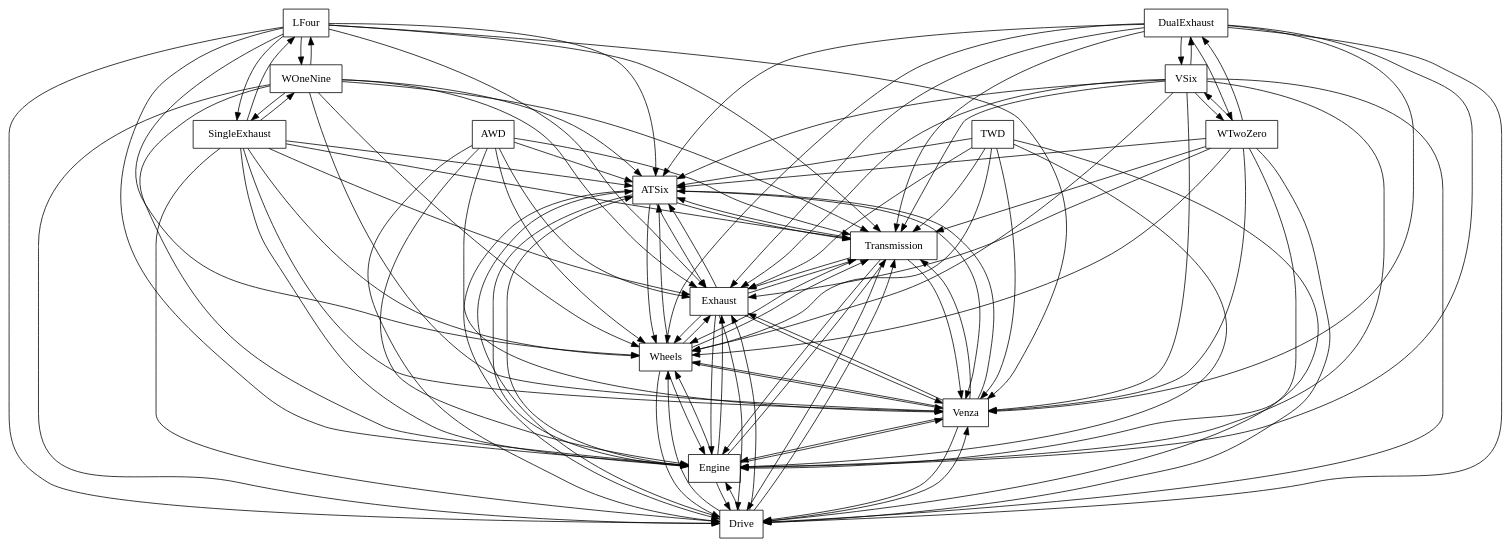
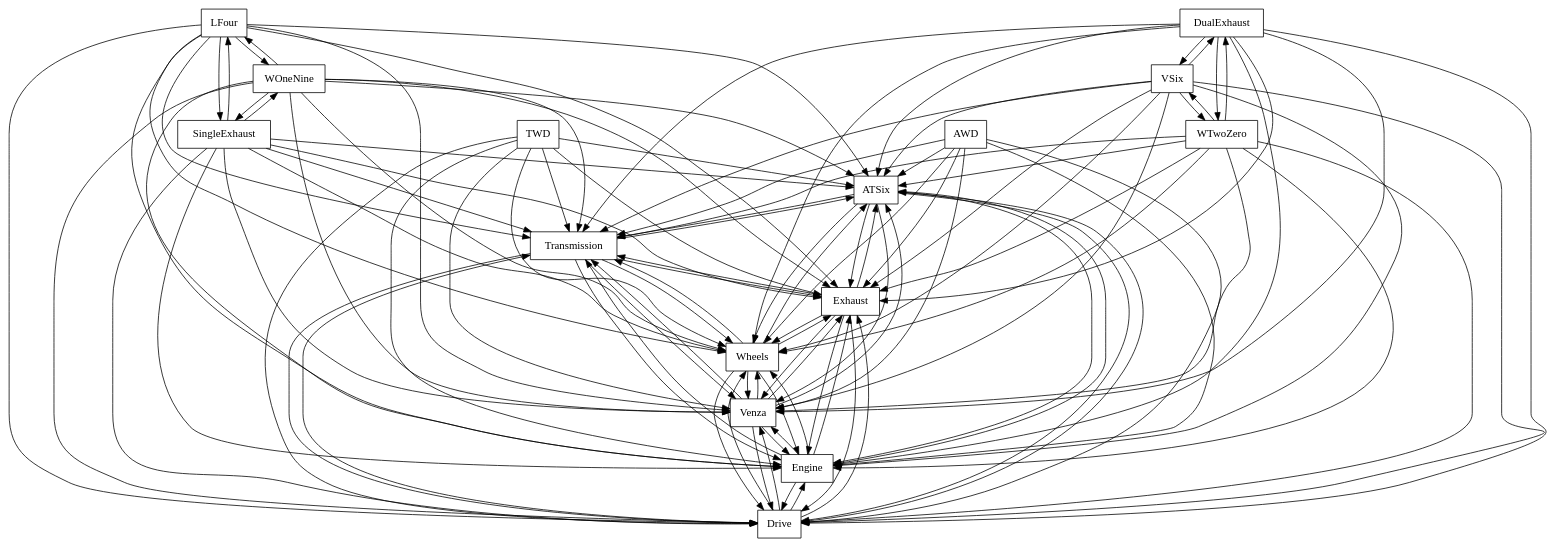
One commit to FAMILIAR-project/familiar-language changed the diagram in FAMILIAR/output/SPLOT-big/fm_73_model_20110318_225131257.xml.dot. Above: the diagram before and after it, drawn with Graphviz. The commit also changed 203 other files, not shown here.

```diff
--- a/FAMILIAR/output/SPLOT-big/fm_73_model_20110318_225131257.xml.dot
+++ b/FAMILIAR/output/SPLOT-big/fm_73_model_20110318_225131257.xml.dot
@@ -1,130 +1,130 @@
 digraph{
 graph [rankdir=TB];
 node [shape=box];
 edge [arrowhead=normal];
-0[label="LFour",]
-1[label="ATSix",]
+0[label="ATSix",]
+1[label="LFour",]
 2[label="Transmission",]
 3[label="Drive",]
 4[label="DualExhaust",]
 5[label="WOneNine",]
 6[label="SingleExhaust",]
 7[label="Engine",]
 8[label="AWD",]
 9[label="VSix",]
 10[label="Venza",]
 11[label="Wheels",]
 12[label="TWD",]
 13[label="WTwoZero",]
 14[label="Exhaust",]
-0->1[label="",]
 0->2[label="",]
 0->3[label="",]
-0->5[label="",]
-0->6[label="",]
 0->7[label="",]
 0->10[label="",]
 0->11[label="",]
 0->14[label="",]
+1->0[label="",]
 1->2[label="",]
 1->3[label="",]
+1->5[label="",]
+1->6[label="",]
 1->7[label="",]
 1->10[label="",]
 1->11[label="",]
 1->14[label="",]
-2->1[label="",]
+2->0[label="",]
 2->3[label="",]
 2->7[label="",]
 2->10[label="",]
 2->11[label="",]
 2->14[label="",]
-3->1[label="",]
+3->0[label="",]
 3->2[label="",]
 3->7[label="",]
 3->10[label="",]
 3->11[label="",]
 3->14[label="",]
-4->1[label="",]
+4->0[label="",]
 4->2[label="",]
 4->3[label="",]
 4->7[label="",]
 4->9[label="",]
 4->10[label="",]
 4->11[label="",]
 4->13[label="",]
 4->14[label="",]
 5->0[label="",]
 5->1[label="",]
 5->2[label="",]
 5->3[label="",]
 5->6[label="",]
 5->7[label="",]
 5->10[label="",]
 5->11[label="",]
 5->14[label="",]
 6->0[label="",]
 6->1[label="",]
 6->2[label="",]
 6->3[label="",]
 6->5[label="",]
 6->7[label="",]
 6->10[label="",]
 6->11[label="",]
 6->14[label="",]
-7->1[label="",]
+7->0[label="",]
 7->2[label="",]
 7->3[label="",]
 7->10[label="",]
 7->11[label="",]
 7->14[label="",]
-8->1[label="",]
+8->0[label="",]
 8->2[label="",]
 8->3[label="",]
 8->7[label="",]
 8->10[label="",]
 8->11[label="",]
 8->14[label="",]
-9->1[label="",]
+9->0[label="",]
 9->2[label="",]
 9->3[label="",]
 9->4[label="",]
 9->7[label="",]
 9->10[label="",]
 9->11[label="",]
 9->13[label="",]
 9->14[label="",]
-10->1[label="",]
+10->0[label="",]
 10->2[label="",]
 10->3[label="",]
 10->7[label="",]
 10->11[label="",]
 10->14[label="",]
-11->1[label="",]
+11->0[label="",]
 11->2[label="",]
 11->3[label="",]
 11->7[label="",]
 11->10[label="",]
 11->14[label="",]
-12->1[label="",]
+12->0[label="",]
 12->2[label="",]
 12->3[label="",]
 12->7[label="",]
 12->10[label="",]
 12->11[label="",]
 12->14[label="",]
-13->1[label="",]
+13->0[label="",]
 13->2[label="",]
 13->3[label="",]
 13->4[label="",]
 13->7[label="",]
 13->9[label="",]
 13->10[label="",]
 13->11[label="",]
 13->14[label="",]
-14->1[label="",]
+14->0[label="",]
 14->2[label="",]
 14->3[label="",]
 14->7[label="",]
 14->10[label="",]
 14->11[label="",]
 }
```
